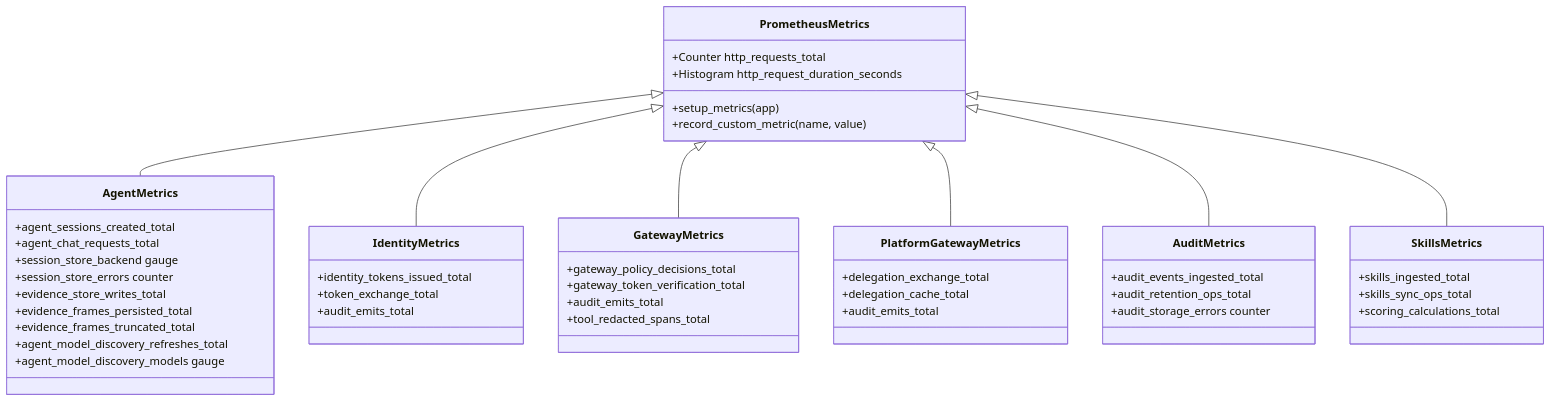
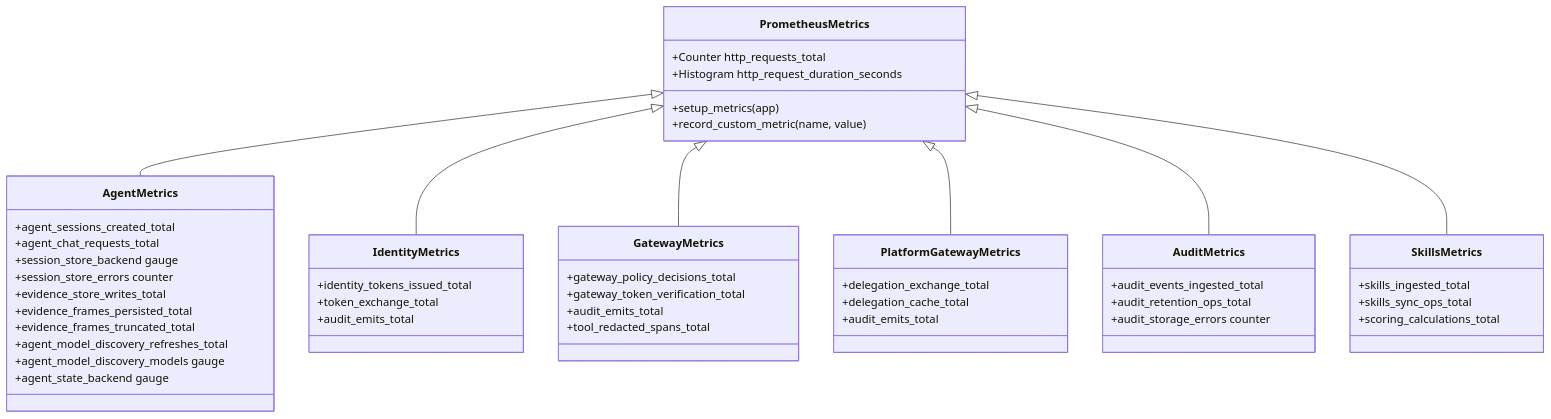
The sixth of 12 diagrams in .qoder/repowiki/en/content/Monitoring and Observability/Monitoring and Observability.md (metasync/luban-aiops), drawn with Mermaid before and after one commit. The commit also changed other lines of this file and 7 other files, not shown here.

````diff
--- a/.qoder/repowiki/en/content/Monitoring and Observability/Monitoring and Observability.md
+++ b/.qoder/repowiki/en/content/Monitoring and Observability/Monitoring and Observability.md
@@ -370,52 +400,53 @@
 ```mermaid
 classDiagram
 class PrometheusMetrics {
 +Counter http_requests_total
 +Histogram http_request_duration_seconds
 +setup_metrics(app)
 +record_custom_metric(name, value)
 }
 class AgentMetrics {
 +agent_sessions_created_total
 +agent_chat_requests_total
 +session_store_backend gauge
 +session_store_errors counter
 +evidence_store_writes_total
 +evidence_frames_persisted_total
 +evidence_frames_truncated_total
 +agent_model_discovery_refreshes_total
 +agent_model_discovery_models gauge
++agent_state_backend gauge
 }
 class IdentityMetrics {
 +identity_tokens_issued_total
 +token_exchange_total
 +audit_emits_total
 }
 class GatewayMetrics {
 +gateway_policy_decisions_total
 +gateway_token_verification_total
 +audit_emits_total
 +tool_redacted_spans_total
 }
 class PlatformGatewayMetrics {
 +delegation_exchange_total
 +delegation_cache_total
 +audit_emits_total
 }
 class AuditMetrics {
 +audit_events_ingested_total
 +audit_retention_ops_total
 +audit_storage_errors counter
 }
 class SkillsMetrics {
 +skills_ingested_total
 +skills_sync_ops_total
 +scoring_calculations_total
 }
 PrometheusMetrics <|-- AgentMetrics
 PrometheusMetrics <|-- IdentityMetrics
 PrometheusMetrics <|-- GatewayMetrics
 PrometheusMetrics <|-- PlatformGatewayMetrics
 PrometheusMetrics <|-- AuditMetrics
 PrometheusMetrics <|-- SkillsMetrics
 ```
````
